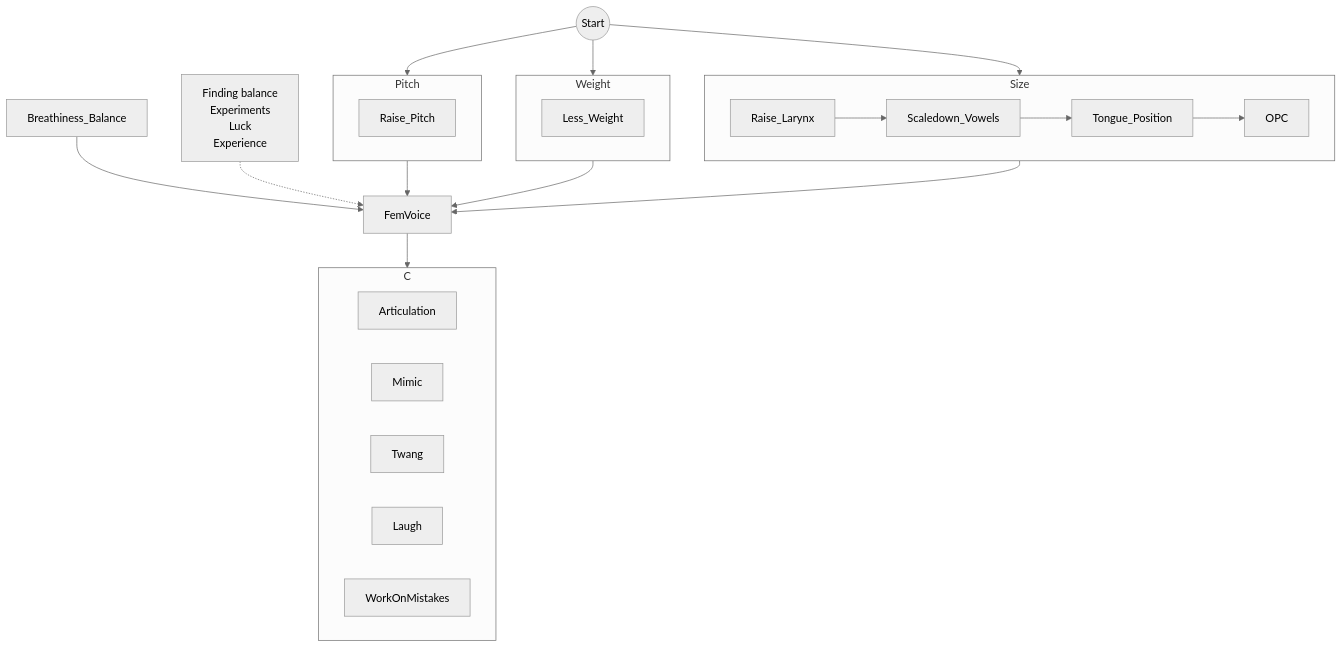
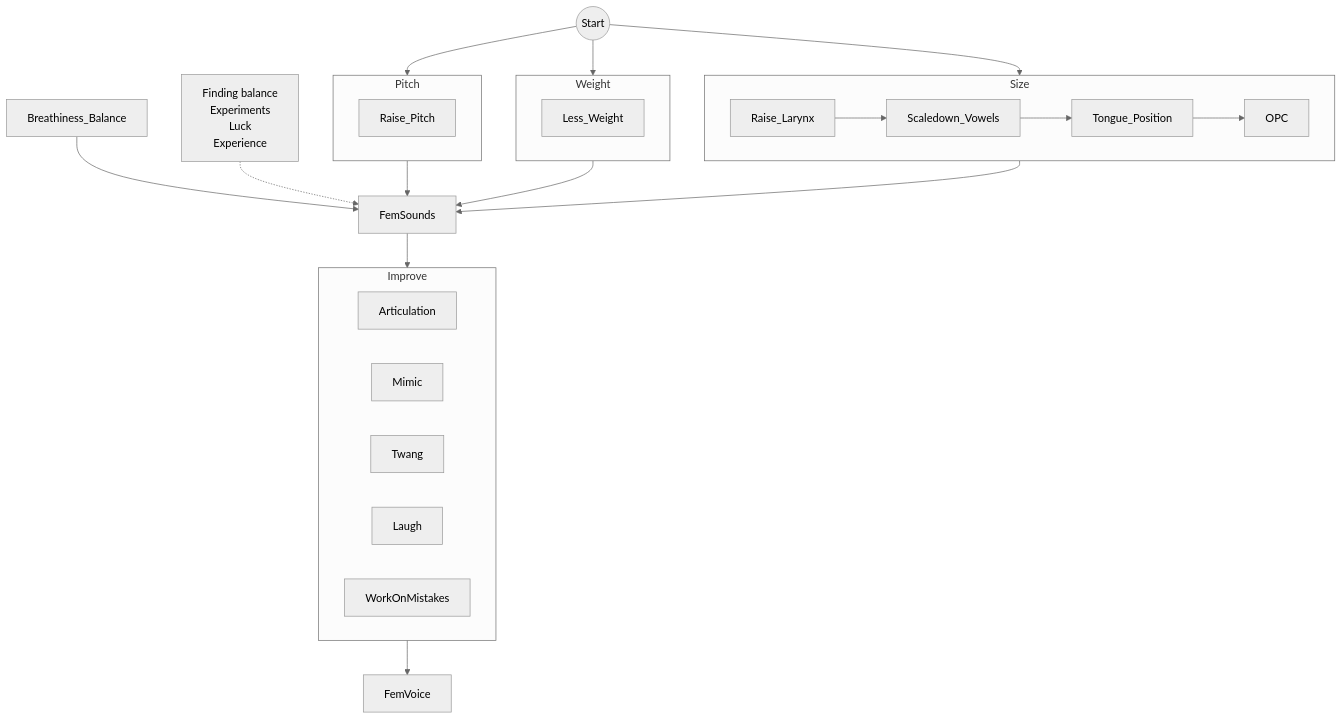
Before and after one commit to iggy-smart/voice-alt: the diagram in female-voice-en.md, drawn with Mermaid (neutral theme).

````diff
--- a/female-voice-en.md
+++ b/female-voice-en.md
@@ -114,36 +114,37 @@
 ```mermaid
 graph TD
     A((Start))
     A --> Pitch --> B
     A --> Weight --> B
     A --> Size --> B
 
     subgraph Pitch
         Raise_Pitch
     end
 
     subgraph Size
         Raise_Larynx --> Scaledown_Vowels --> Tongue_Position --> OPC
     end
 
     subgraph Weight
         Less_Weight
     end
 
-    C[Improve]
-    B[FemVoice]
+    B[FemSounds]
+    D[FemVoice]
     
     Breathiness_Balance --> B
     Balance[Finding balance</br>Experiments</br>Luck</br>Experience] -.-> B
     
     B --> C
+    C --> D
 
-    subgraph C
+    subgraph C[Improve]
         Articulation
         Mimic
         Twang
         Laugh
 	WorkOnMistakes
     end
     
 ```
````
